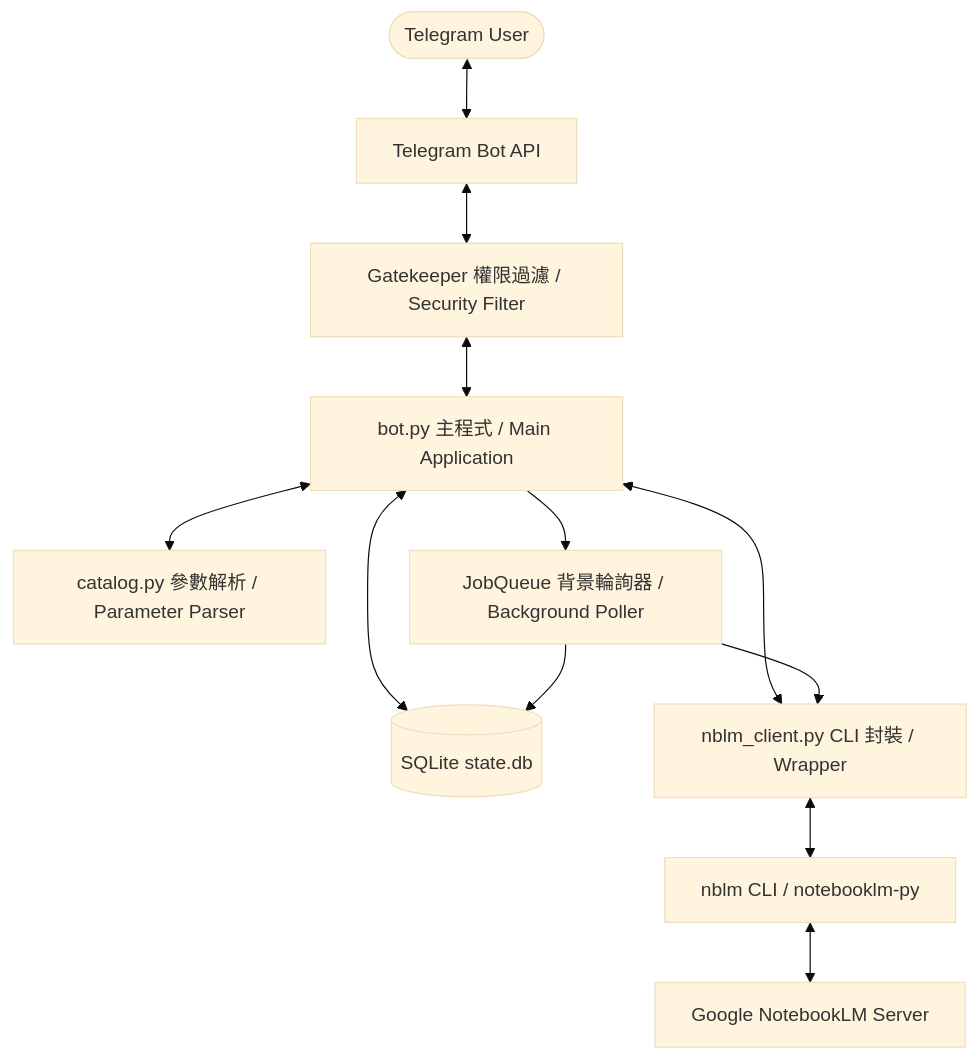
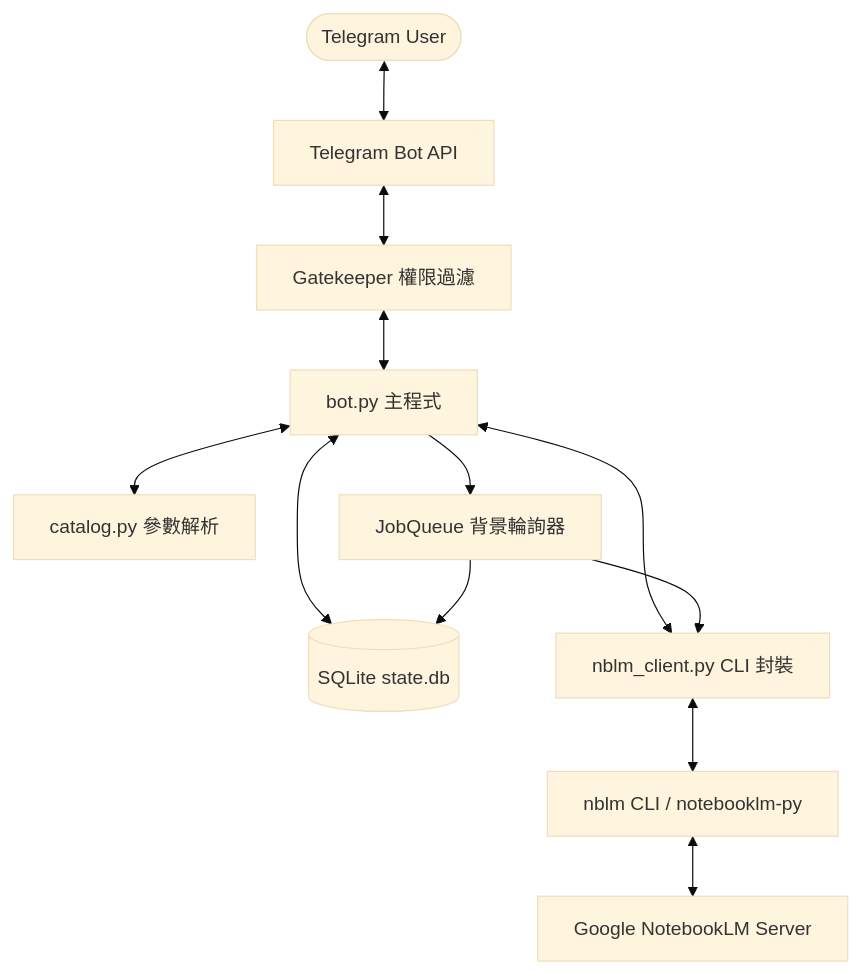
Before and after one commit to myyang19770915/TG_notebook: the first of 4 diagrams in README.md, drawn with Mermaid (base theme). The commit also changed other lines of this file and 1 other file, not shown here.

````diff
--- a/README.md
+++ b/README.md
@@ -73,17 +62,17 @@
 ```mermaid
 flowchart TD
     User([Telegram User]) <--> TG[Telegram Bot API]
-    TG <--> Gatekeeper[Gatekeeper 權限過濾 / Security Filter]
-    Gatekeeper <--> Bot[bot.py 主程式 / Main Application]
+    TG <--> Gatekeeper[Gatekeeper 權限過濾]
+    Gatekeeper <--> Bot[bot.py 主程式]
     
     Bot <--> StateDB[(SQLite state.db)]
-    Bot <--> Catalog[catalog.py 參數解析 / Parameter Parser]
-    Bot <--> Client[nblm_client.py CLI 封裝 / Wrapper]
+    Bot <--> Catalog[catalog.py 參數解析]
+    Bot <--> Client[nblm_client.py CLI 封裝]
     
     Client <--> NBLM_CLI[nblm CLI / notebooklm-py]
     NBLM_CLI <--> Google[Google NotebookLM Server]
     
-    Bot --> JobQueue[JobQueue 背景輪詢器 / Background Poller]
+    Bot --> JobQueue[JobQueue 背景輪詢器]
     JobQueue --> StateDB
     JobQueue --> Client
 ```
````
